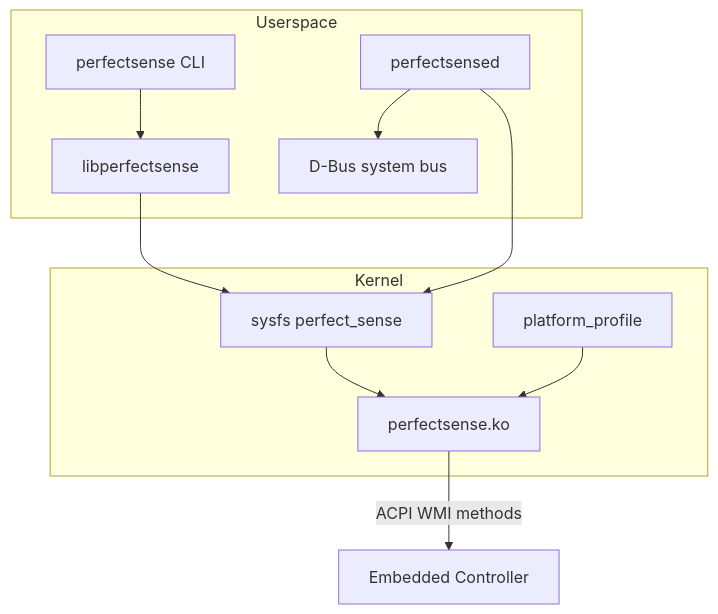
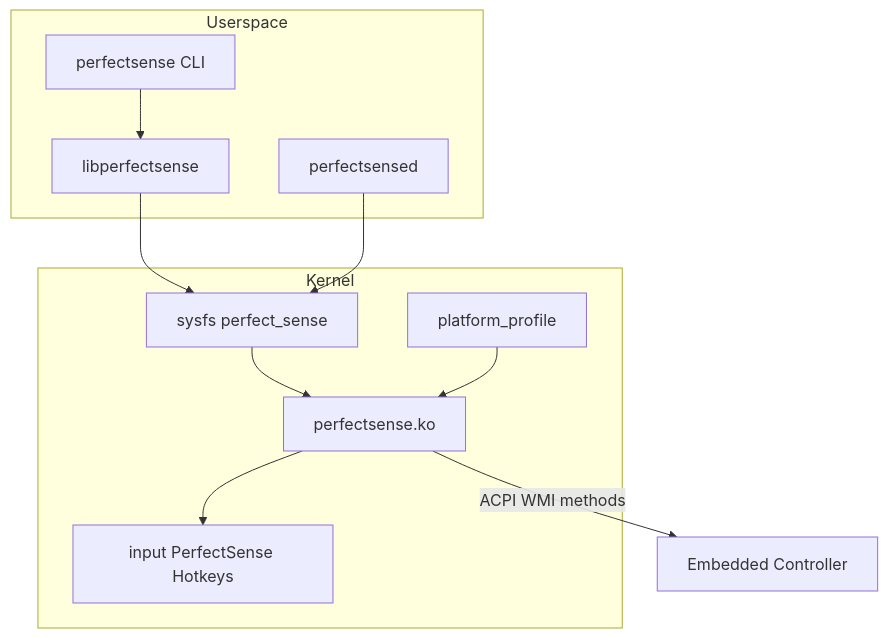
The diagram in docs/en/architecture/overview.md (yPerfectBR/PerfectSense), drawn with Mermaid before and after one commit. The commit also changed other lines of this file and 17 other files, not shown here.

````diff
--- a/docs/en/architecture/overview.md
+++ b/docs/en/architecture/overview.md
@@ -25,23 +29,23 @@
 ```mermaid
 flowchart TB
   subgraph userspace [Userspace]
     CLI[perfectsense CLI]
     Lib[libperfectsense]
     D[perfectsensed]
-    Bus[D-Bus system bus]
   end
   subgraph kernel [Kernel]
     Sysfs[sysfs perfect_sense]
     PP[platform_profile]
     Mod[perfectsense.ko]
+    Input[input PerfectSense Hotkeys]
   end
   EC[Embedded Controller]
 
   CLI --> Lib
   Lib --> Sysfs
   D --> Sysfs
-  D --> Bus
   Sysfs --> Mod
   PP --> Mod
+  Mod --> Input
   Mod -->|"ACPI WMI methods"| EC
 ```
````
